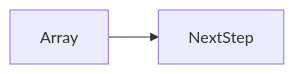
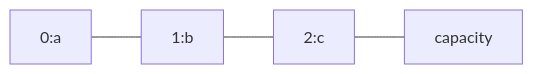
The second of 2 diagrams in docs/en/01-computer-science/data-structures/array/index.md (OmidJavaherii/Frontend-Engineering-Handbook), drawn with Mermaid before and after one commit. The commit also changed other lines of this file and 461 other files, not shown here.

````diff
--- a/docs/en/01-computer-science/data-structures/array/index.md
+++ b/docs/en/01-computer-science/data-structures/array/index.md
@@ -95,4 +135,4 @@
 ```mermaid
 flowchart LR
-  concept[Array] --> nextStep[NextStep]
+  idx0[0:a] --- idx1[1:b] --- idx2[2:c] --- cap[capacity]
 ```
````
